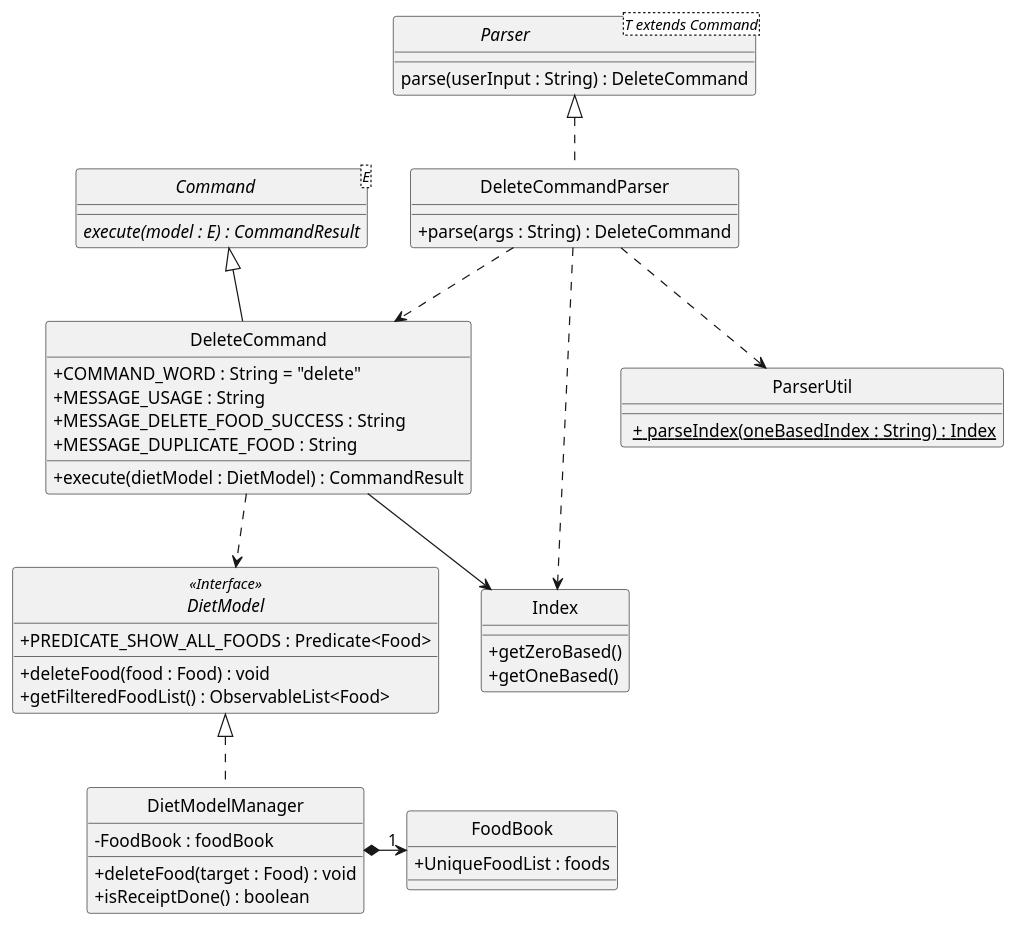
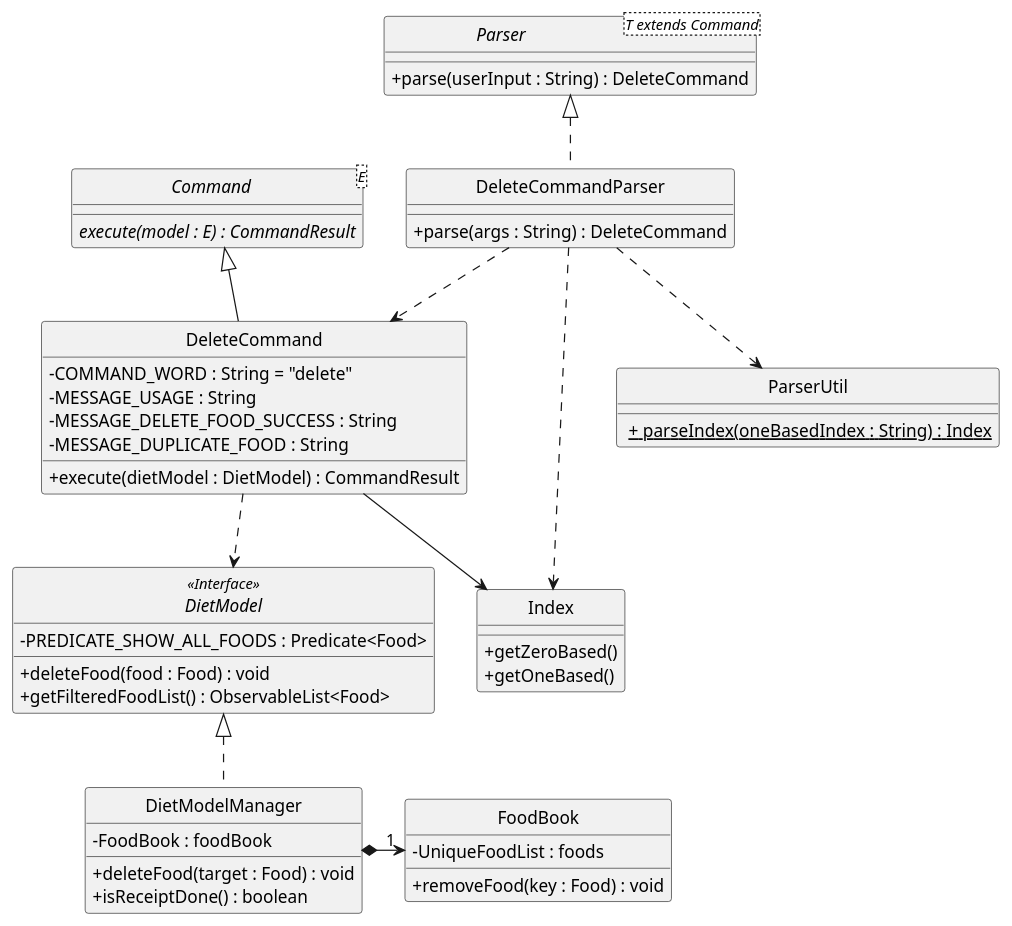
One commit to nus-cs2103-AY1920S2/addressbook-level3 changed the diagram in docs/diagrams/DietTrackerDeleteCommandClassDiagram.puml. Above: the diagram before and after it, drawn with PlantUML. The commit also changed 7 other files, not shown here.

Commit message:
Update class diagrams

```diff
--- a/docs/diagrams/DietTrackerDeleteCommandClassDiagram.puml
+++ b/docs/diagrams/DietTrackerDeleteCommandClassDiagram.puml
@@ -1,74 +1,78 @@
 @startuml
 /' @author @akhilvuputuri'/
 /' Got inspiration and adapted
 from https://github.com/AY1920S2-CS2103T-W12-1/main/blob/master/docs/images/DeliveredClassDiagram.png '/
 
 skinparam backgroundColor #ffffff
 skinparam classAttributeIconSize 0
 hide circle
 
 
 class DeleteCommandParser implements Parser {
     /' Methods '/
     + parse(args : String) : DeleteCommand
 }
 
 interface Parser<T extends Command> {
-    parse(userInput : String) : DeleteCommand
+    + parse(userInput : String) : DeleteCommand
 }
 
 abstract class Command<E> {
     {abstract} execute(model : E) : CommandResult
 }
 
 class DeleteCommand extends Command {
     /' Fields '/
-    + COMMAND_WORD : String = "delete"
-    + MESSAGE_USAGE : String
-    + MESSAGE_DELETE_FOOD_SUCCESS : String
-    + MESSAGE_DUPLICATE_FOOD : String
+    - COMMAND_WORD : String = "delete"
+    - MESSAGE_USAGE : String
+    - MESSAGE_DELETE_FOOD_SUCCESS : String
+    - MESSAGE_DUPLICATE_FOOD : String
 
 
     /' Methods '/
     + execute(dietModel : DietModel) : CommandResult
 
 }
 
 interface DietModel <<Interface>> {
-    + PREDICATE_SHOW_ALL_FOODS : Predicate<Food>
+    - PREDICATE_SHOW_ALL_FOODS : Predicate<Food>
 
     + deleteFood(food : Food) : void
     + getFilteredFoodList() : ObservableList<Food>
 }
 
 class Index {
     + getZeroBased()
     + getOneBased()
 }
 
 class ParserUtil {
     <u> + parseIndex(oneBasedIndex : String) : Index
 
 }
 
 class DietModelManager implements DietModel {
     /' Fields '/
     - FoodBook : foodBook
 
     /' Methods '/
     + deleteFood(target : Food) : void
     + isReceiptDone() : boolean
 }
 
 class FoodBook {
-    + UniqueFoodList : foods
+    /' Fields '/
+    - UniqueFoodList : foods
+
+    /' Methods '/
+    + removeFood(key : Food) : void
 }
 
 DeleteCommandParser ..> DeleteCommand
 DeleteCommandParser ..> ParserUtil
 DeleteCommand ..> DietModel
 DeleteCommandParser ..> Index
 DeleteCommand --> Index
 DietModelManager *-right->"1" FoodBook
 
 @enduml
```
